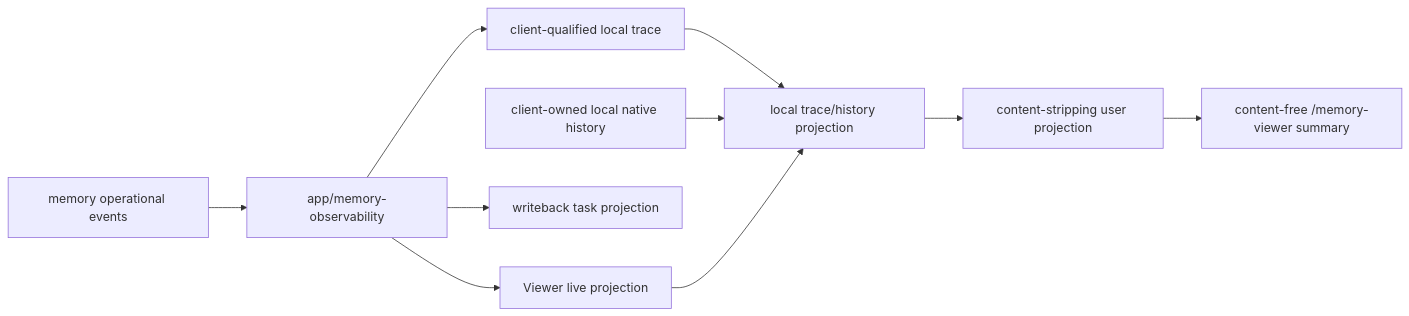
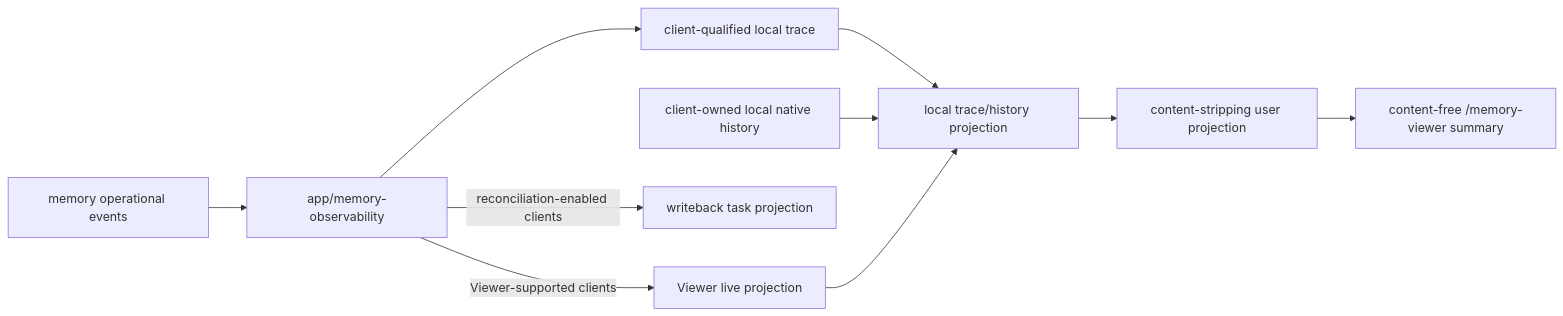
The fifth of 6 diagrams in ARCHITECTURE.md (LimFang/memorax-code), drawn with Mermaid before and after one commit. The commit also changed other lines of this file and 2 other files, not shown here.

````diff
--- a/ARCHITECTURE.md
+++ b/ARCHITECTURE.md
@@ -605,22 +610,22 @@
 ```mermaid
 flowchart LR
   Events["memory operational events"]
   Fanout["app/memory-observability"]
   Trace["client-qualified local trace"]
   ViewerSink["Viewer live projection"]
   TaskProjection["writeback task projection"]
   NativeHistory["client-owned local native history"]
   ViewerStore["local trace/history projection"]
   UserProjection["content-stripping user projection"]
   PublicViewer["content-free /memory-viewer summary"]
 
   Events --> Fanout
   Fanout --> Trace
-  Fanout --> ViewerSink
-  Fanout --> TaskProjection
+  Fanout -->|"Viewer-supported clients"| ViewerSink
+  Fanout -->|"reconciliation-enabled clients"| TaskProjection
   Trace --> ViewerStore
   NativeHistory --> ViewerStore
   ViewerSink --> ViewerStore
   ViewerStore --> UserProjection
   UserProjection --> PublicViewer
 ```
````
